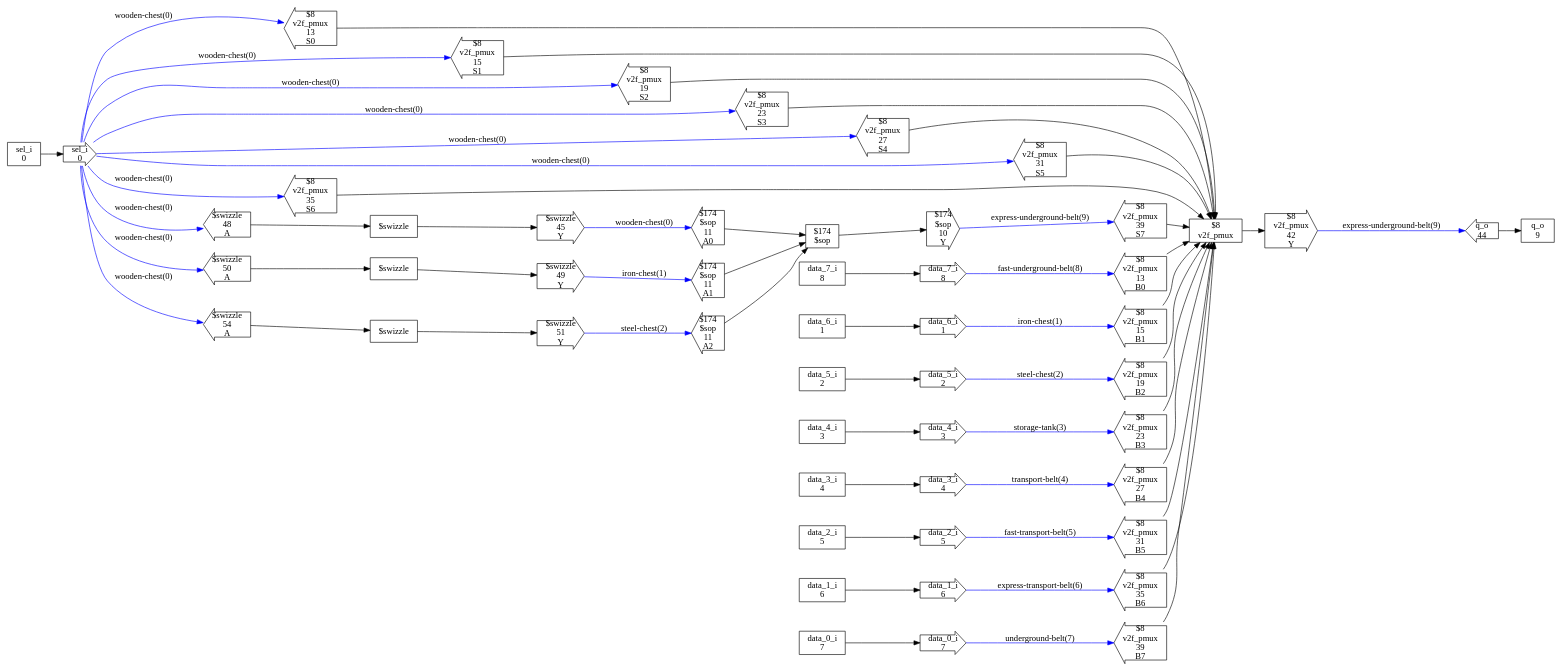
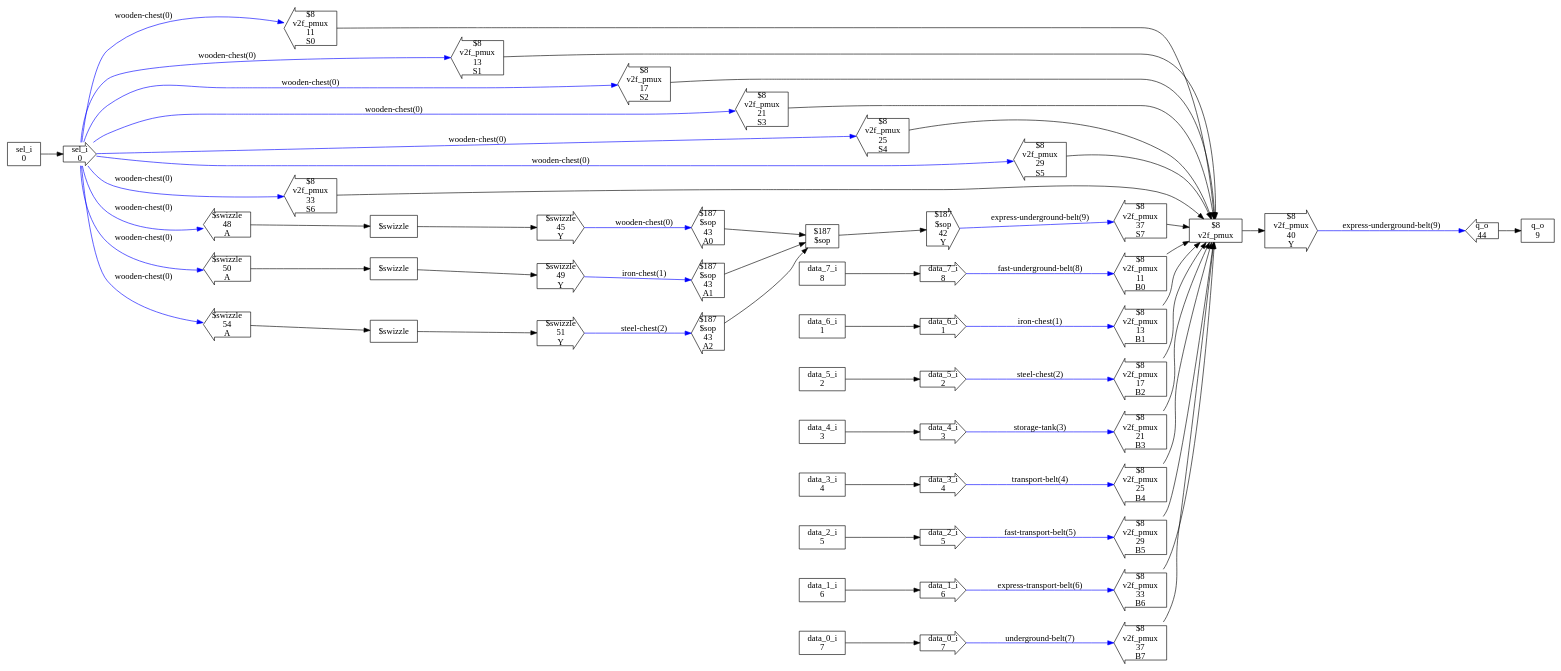
Before and after one commit to ben-j-c/verilog2factorio: the diagram in test_designs/pmux/checked_design.dot, drawn with Graphviz. The commit also changed 72 other files, not shown here.

```diff
--- a/test_designs/pmux/checked_design.dot
+++ b/test_designs/pmux/checked_design.dot
@@ -20,10 +20,10 @@
 8"]
   n9[shape=box,label="q_o
 9"]
-  n12[shape=box,label="$174
+  n13[shape=box,label="$8
+v2f_pmux"]
+  n16[shape=box,label="$187
 $sop"]
-  n14[shape=box,label="$8
-v2f_pmux"]
   n19[shape=rarrow,label="sel_i
 0"]
   n20[shape=rarrow,label="data_6_i
@@ -44,109 +44,109 @@
 8"]
   n28[shape=larrow,label="q_o
 44"]
-  n35[shape=larrow,label="$174
-$sop
+  n38[shape=larrow,label="$8
+v2f_pmux
 11
-A0"]
-  n36[shape=larrow,label="$174
-$sop
-11
-A1"]
-  n37[shape=larrow,label="$174
-$sop
-11
-A2"]
-  n38[shape=rarrow,label="$174
-$sop
-10
-Y"]
+B0"]
+  n39[shape=larrow,label="$8
+v2f_pmux
+13
+B1"]
+  n40[shape=larrow,label="$8
+v2f_pmux
+17
+B2"]
+  n41[shape=larrow,label="$8
+v2f_pmux
+21
+B3"]
   n42[shape=larrow,label="$8
 v2f_pmux
-13
-B0"]
+25
+B4"]
   n43[shape=larrow,label="$8
 v2f_pmux
-15
-B1"]
+29
+B5"]
   n44[shape=larrow,label="$8
 v2f_pmux
-19
-B2"]
+33
+B6"]
   n45[shape=larrow,label="$8
 v2f_pmux
-23
-B3"]
+37
+B7"]
   n46[shape=larrow,label="$8
 v2f_pmux
-27
-B4"]
+11
+S0"]
   n47[shape=larrow,label="$8
 v2f_pmux
-31
-B5"]
+13
+S1"]
   n48[shape=larrow,label="$8
 v2f_pmux
-35
-B6"]
+17
+S2"]
   n49[shape=larrow,label="$8
 v2f_pmux
-39
-B7"]
+21
+S3"]
   n50[shape=larrow,label="$8
 v2f_pmux
-13
-S0"]
+25
+S4"]
   n51[shape=larrow,label="$8
 v2f_pmux
-15
-S1"]
+29
+S5"]
   n52[shape=larrow,label="$8
 v2f_pmux
-19
-S2"]
+33
+S6"]
   n53[shape=larrow,label="$8
 v2f_pmux
-23
-S3"]
-  n54[shape=larrow,label="$8
+37
+S7"]
+  n54[shape=rarrow,label="$8
 v2f_pmux
-27
-S4"]
-  n55[shape=larrow,label="$8
-v2f_pmux
-31
-S5"]
-  n56[shape=larrow,label="$8
-v2f_pmux
-35
-S6"]
-  n57[shape=larrow,label="$8
-v2f_pmux
-39
-S7"]
-  n58[shape=rarrow,label="$8
-v2f_pmux
+40
+Y"]
+  n61[shape=larrow,label="$187
+$sop
+43
+A0"]
+  n62[shape=larrow,label="$187
+$sop
+43
+A1"]
+  n63[shape=larrow,label="$187
+$sop
+43
+A2"]
+  n64[shape=rarrow,label="$187
+$sop
 42
 Y"]
-  n75[shape=box,label="$swizzle"]
-  n76[shape=rarrow,label="$swizzle
+  n81[shape=box,label="$swizzle"]
+  n82[shape=rarrow,label="$swizzle
 45
 Y"]
-  n77[shape=larrow,label="$swizzle
+  n83[shape=larrow,label="$swizzle
 48
 A"]
-  n78[shape=box,label="$swizzle"]
-  n79[shape=rarrow,label="$swizzle
+  n84[shape=box,label="$swizzle"]
+  n85[shape=rarrow,label="$swizzle
 49
 Y"]
-  n80[shape=larrow,label="$swizzle
+  n86[shape=larrow,label="$swizzle
 50
 A"]
-  n81[shape=box,label="$swizzle"]
-  n82[shape=rarrow,label="$swizzle
+  n87[shape=box,label="$swizzle"]
+  n88[shape=rarrow,label="$swizzle
 51
 Y"]
-  n83[shape=larrow,label="$swizzle
+  n89[shape=larrow,label="$swizzle
 54
 A"]
   n0 -> n19
@@ -158,55 +158,55 @@
   n6 -> n25
   n7 -> n26
   n8 -> n27
-  n12 -> n38
-  n14 -> n58
-  n19 -> n77 [label="wooden-chest(0)",syle=bold,color=blue]
-  n19 -> n80 [label="wooden-chest(0)",syle=bold,color=blue]
+  n13 -> n54
+  n16 -> n64
   n19 -> n83 [label="wooden-chest(0)",syle=bold,color=blue]
+  n19 -> n86 [label="wooden-chest(0)",syle=bold,color=blue]
+  n19 -> n89 [label="wooden-chest(0)",syle=bold,color=blue]
+  n19 -> n46 [label="wooden-chest(0)",syle=bold,color=blue]
+  n19 -> n47 [label="wooden-chest(0)",syle=bold,color=blue]
+  n19 -> n48 [label="wooden-chest(0)",syle=bold,color=blue]
+  n19 -> n49 [label="wooden-chest(0)",syle=bold,color=blue]
   n19 -> n50 [label="wooden-chest(0)",syle=bold,color=blue]
   n19 -> n51 [label="wooden-chest(0)",syle=bold,color=blue]
   n19 -> n52 [label="wooden-chest(0)",syle=bold,color=blue]
-  n19 -> n53 [label="wooden-chest(0)",syle=bold,color=blue]
-  n19 -> n54 [label="wooden-chest(0)",syle=bold,color=blue]
-  n19 -> n55 [label="wooden-chest(0)",syle=bold,color=blue]
-  n19 -> n56 [label="wooden-chest(0)",syle=bold,color=blue]
-  n20 -> n43 [label="iron-chest(1)",syle=bold,color=blue]
-  n21 -> n44 [label="steel-chest(2)",syle=bold,color=blue]
-  n22 -> n45 [label="storage-tank(3)",syle=bold,color=blue]
-  n23 -> n46 [label="transport-belt(4)",syle=bold,color=blue]
-  n24 -> n47 [label="fast-transport-belt(5)",syle=bold,color=blue]
-  n25 -> n48 [label="express-transport-belt(6)",syle=bold,color=blue]
-  n26 -> n49 [label="underground-belt(7)",syle=bold,color=blue]
-  n27 -> n42 [label="fast-underground-belt(8)",syle=bold,color=blue]
+  n20 -> n39 [label="iron-chest(1)",syle=bold,color=blue]
+  n21 -> n40 [label="steel-chest(2)",syle=bold,color=blue]
+  n22 -> n41 [label="storage-tank(3)",syle=bold,color=blue]
+  n23 -> n42 [label="transport-belt(4)",syle=bold,color=blue]
+  n24 -> n43 [label="fast-transport-belt(5)",syle=bold,color=blue]
+  n25 -> n44 [label="express-transport-belt(6)",syle=bold,color=blue]
+  n26 -> n45 [label="underground-belt(7)",syle=bold,color=blue]
+  n27 -> n38 [label="fast-underground-belt(8)",syle=bold,color=blue]
   n28 -> n9
-  n35 -> n12
-  n36 -> n12
-  n37 -> n12
-  n38 -> n57 [label="express-underground-belt(9)",syle=bold,color=blue]
-  n42 -> n14
-  n43 -> n14
-  n44 -> n14
-  n45 -> n14
-  n46 -> n14
-  n47 -> n14
-  n48 -> n14
-  n49 -> n14
-  n50 -> n14
-  n51 -> n14
-  n52 -> n14
-  n53 -> n14
-  n54 -> n14
-  n55 -> n14
-  n56 -> n14
-  n57 -> n14
-  n58 -> n28 [label="express-underground-belt(9)",syle=bold,color=blue]
-  n75 -> n76
-  n76 -> n35 [label="wooden-chest(0)",syle=bold,color=blue]
-  n77 -> n75
-  n78 -> n79
-  n79 -> n36 [label="iron-chest(1)",syle=bold,color=blue]
-  n80 -> n78
+  n38 -> n13
+  n39 -> n13
+  n40 -> n13
+  n41 -> n13
+  n42 -> n13
+  n43 -> n13
+  n44 -> n13
+  n45 -> n13
+  n46 -> n13
+  n47 -> n13
+  n48 -> n13
+  n49 -> n13
+  n50 -> n13
+  n51 -> n13
+  n52 -> n13
+  n53 -> n13
+  n54 -> n28 [label="express-underground-belt(9)",syle=bold,color=blue]
+  n61 -> n16
+  n62 -> n16
+  n63 -> n16
+  n64 -> n53 [label="express-underground-belt(9)",syle=bold,color=blue]
   n81 -> n82
-  n82 -> n37 [label="steel-chest(2)",syle=bold,color=blue]
+  n82 -> n61 [label="wooden-chest(0)",syle=bold,color=blue]
   n83 -> n81
+  n84 -> n85
+  n85 -> n62 [label="iron-chest(1)",syle=bold,color=blue]
+  n86 -> n84
+  n87 -> n88
+  n88 -> n63 [label="steel-chest(2)",syle=bold,color=blue]
+  n89 -> n87
 }
```
